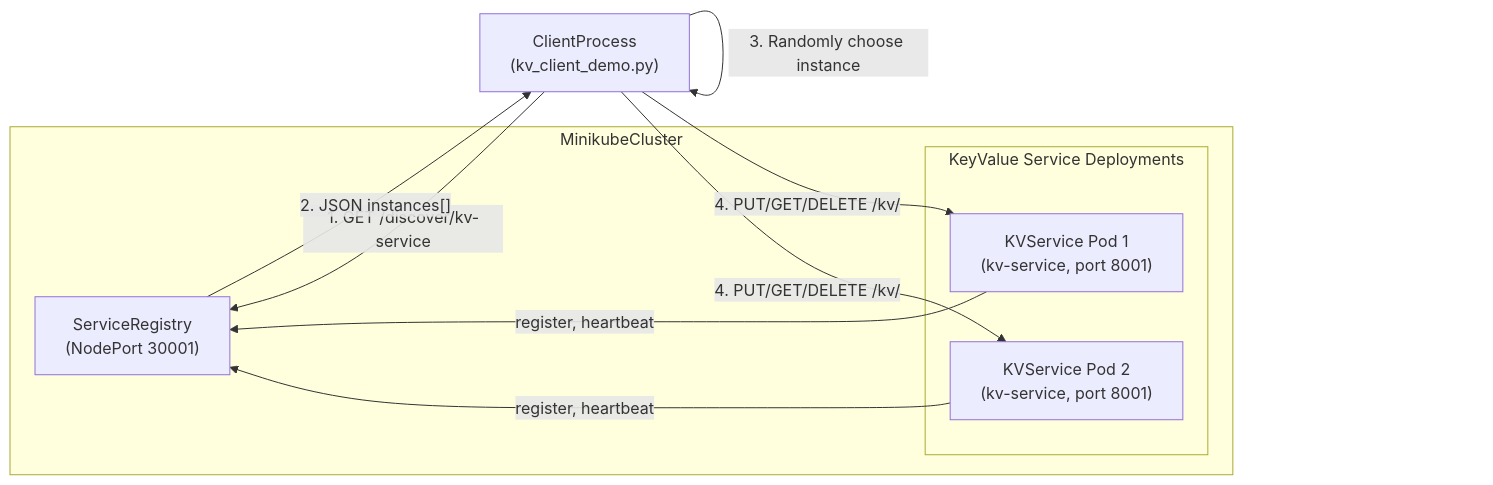
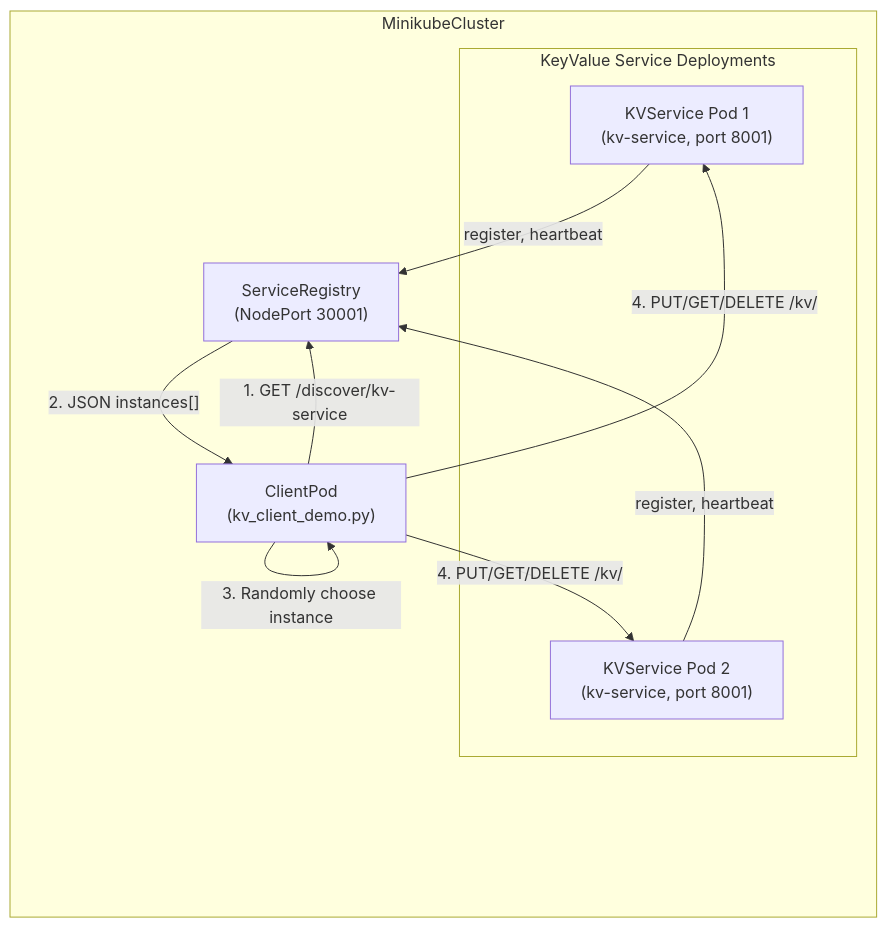
One commit to ConlynPattison/ServiceRegistry changed the diagram in ARCHITECTURE_KV.md. Above: the diagram before and after it, drawn with Mermaid. The commit also changed other lines of this file and 4 other files, not shown here.

Commit message:
Changed deployment of client to be within cluster, reflect in architecture diagram and instructions

````diff
--- a/ARCHITECTURE_KV.md
+++ b/ARCHITECTURE_KV.md
@@ -3,21 +3,20 @@
 ```mermaid
 flowchart LR
   subgraph minikubeCluster[MinikubeCluster]
     registry["ServiceRegistry\n(NodePort 30001)"]
     subgraph kvNamespace["KeyValue Service Deployments"]
       kvPod1["KVService Pod 1\n(kv-service, port 8001)"]
       kvPod2["KVService Pod 2\n(kv-service, port 8001)"]
     end
+    clientPod["ClientPod\n(kv_client_demo.py)"]
   end
 
-  clientProcess["ClientProcess\n(kv_client_demo.py)"]
-
-  clientProcess -->|"1. GET /discover/kv-service"| registry
-  registry -->|"2. JSON instances[]"| clientProcess
-  clientProcess -->|"3. Randomly choose instance"| clientProcess
-  clientProcess -->|"4. PUT/GET/DELETE /kv/<key>"| kvPod1
-  clientProcess -->|"4. PUT/GET/DELETE /kv/<key>"| kvPod2
+  clientPod -->|"1. GET /discover/kv-service"| registry
+  registry -->|"2. JSON instances[]"| clientPod
+  clientPod -->|"3. Randomly choose instance"| clientPod
+  clientPod -->|"4. PUT/GET/DELETE /kv/<key>"| kvPod1
+  clientPod -->|"4. PUT/GET/DELETE /kv/<key>"| kvPod2
 
   kvPod1 -->|"register, heartbeat"| registry
   kvPod2 -->|"register, heartbeat"| registry
 ```
````
